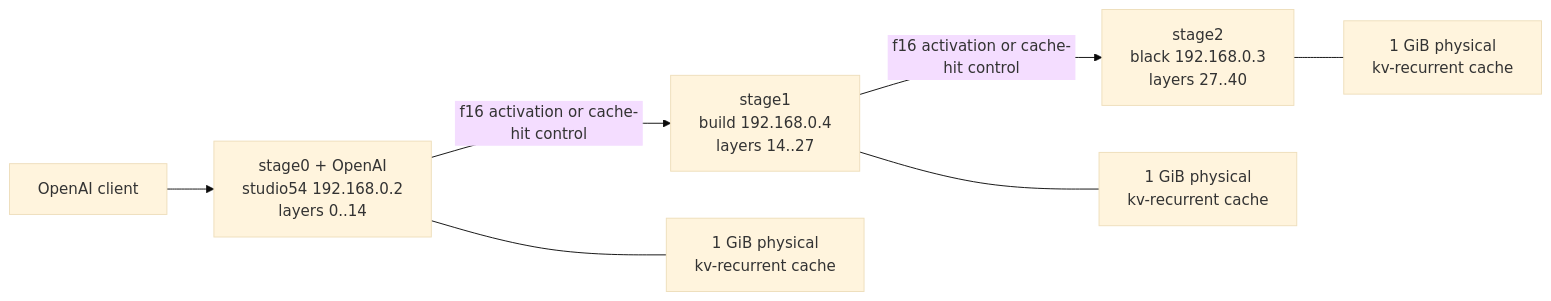
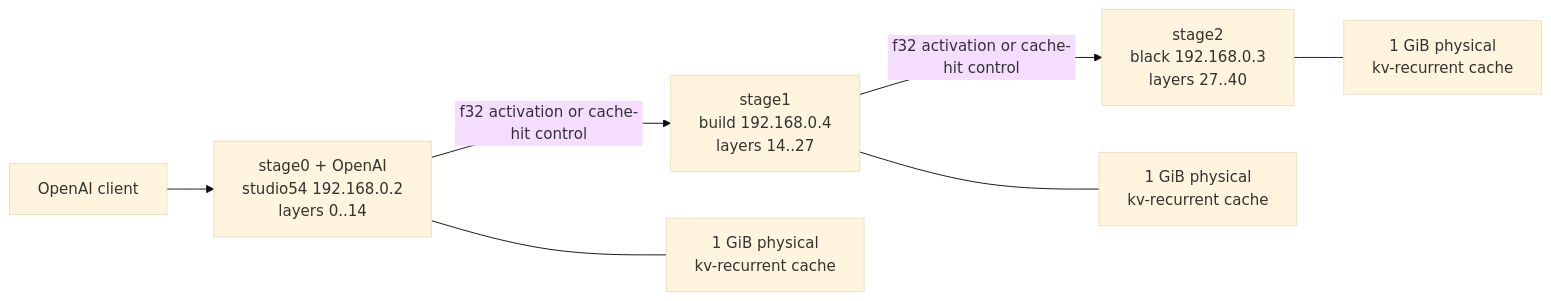
The diagram in docs/skippy/family/qwen-package-runbook.md (Mesh-LLM/mesh-llm), drawn with Mermaid (base theme) before and after one commit. The commit also changed 6 other files, not shown here.

````diff
--- a/docs/skippy/family/qwen-package-runbook.md
+++ b/docs/skippy/family/qwen-package-runbook.md
@@ -19,9 +19,9 @@
 ```mermaid
 flowchart LR
     Client["OpenAI client"] --> S0["stage0 + OpenAI\nstudio54 192.168.0.2\nlayers 0..14"]
-    S0 -->|"f16 activation or cache-hit control"| S1["stage1\nbuild 192.168.0.4\nlayers 14..27"]
-    S1 -->|"f16 activation or cache-hit control"| S2["stage2\nblack 192.168.0.3\nlayers 27..40"]
+    S0 -->|"f32 activation or cache-hit control"| S1["stage1\nbuild 192.168.0.4\nlayers 14..27"]
+    S1 -->|"f32 activation or cache-hit control"| S2["stage2\nblack 192.168.0.3\nlayers 27..40"]
     S0 --- C0["1 GiB physical\nkv-recurrent cache"]
     S1 --- C1["1 GiB physical\nkv-recurrent cache"]
     S2 --- C2["1 GiB physical\nkv-recurrent cache"]
 ```
````
